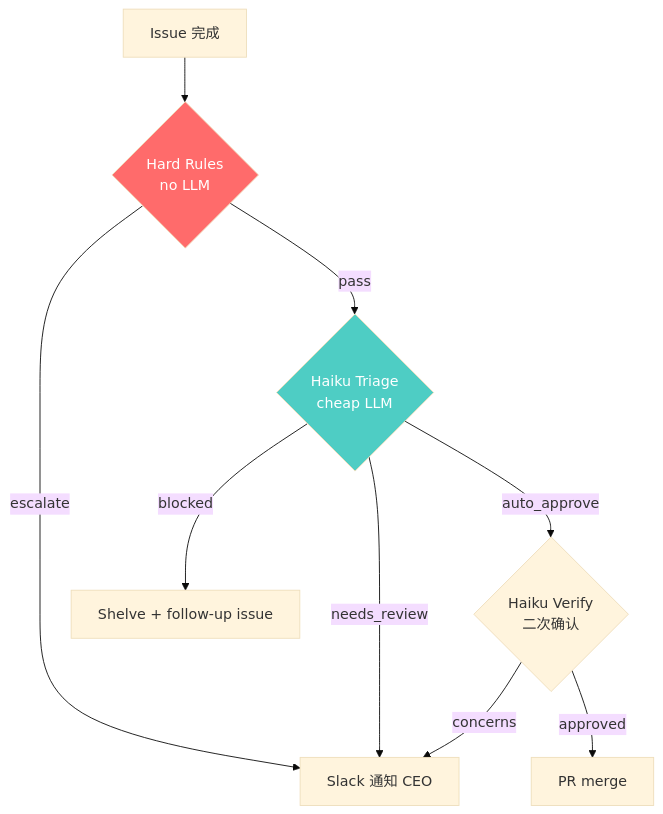
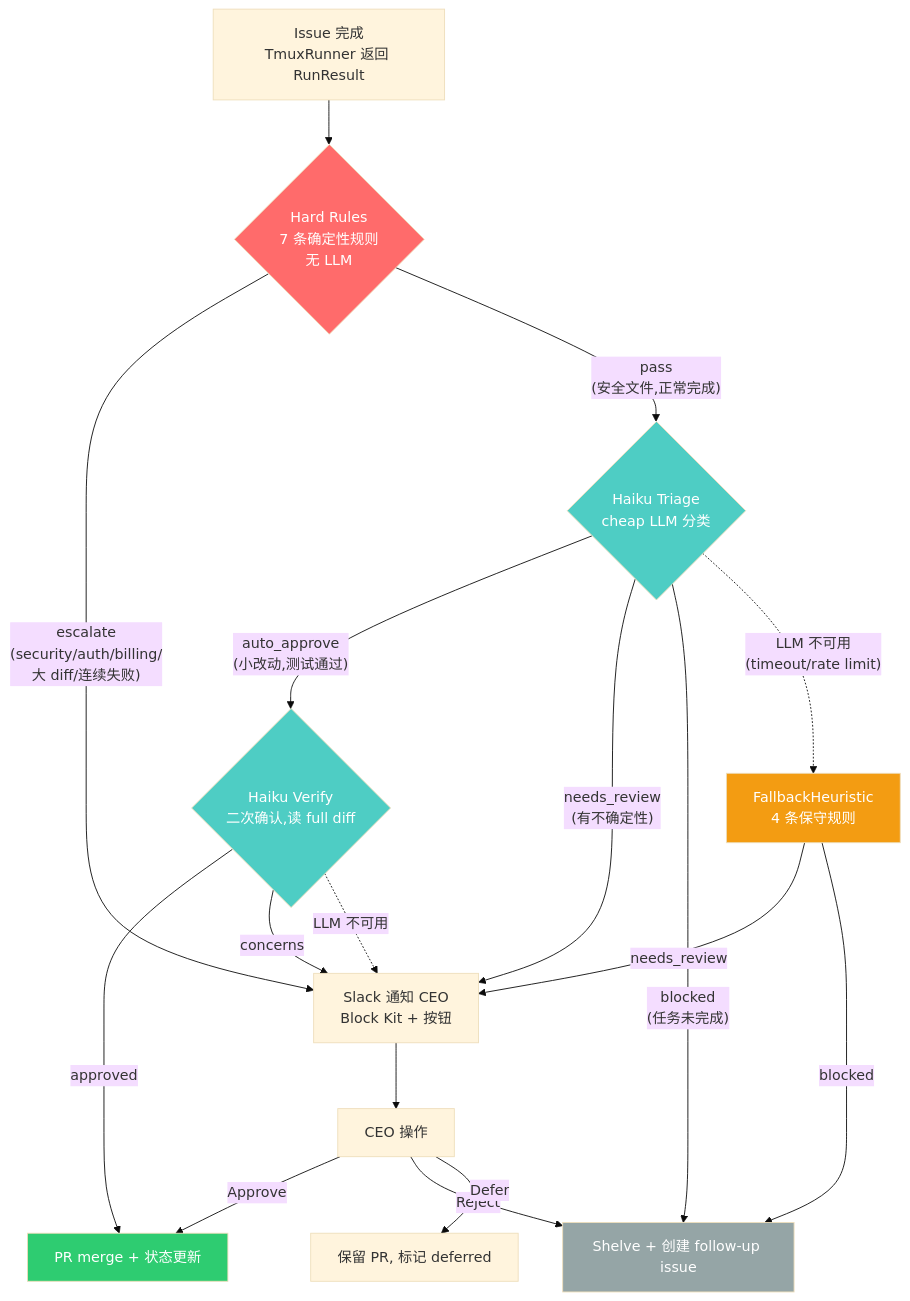
The third of 6 diagrams in doc/architecture/v0.2-architecture.md (xrliAnnie/flywheel-qa-sandbox), drawn with Mermaid (base theme) before and after one commit. The commit also changed other lines of this file, not shown here.

First line of the commit message:
docs: rewrite v0.2 architecture — comprehensive self-contained document

````diff
--- a/doc/architecture/v0.2-architecture.md
+++ b/doc/architecture/v0.2-architecture.md
@@ -134,14 +336,27 @@
 ```mermaid
 flowchart TD
-    A[Issue 完成] --> B{Hard Rules<br/>no LLM}
-    B -->|escalate| C[Slack 通知 CEO]
-    B -->|pass| D{Haiku Triage<br/>cheap LLM}
-    D -->|auto_approve| E{Haiku Verify<br/>二次确认}
-    D -->|needs_review| C
-    D -->|blocked| F[Shelve + follow-up issue]
-    E -->|approved| G[PR merge]
-    E -->|concerns| C
+    A[Issue 完成<br/>TmuxRunner 返回 RunResult] --> B{Hard Rules<br/>7 条确定性规则<br/>无 LLM}
+    B -->|"escalate<br/>(security/auth/billing/<br/>大 diff/连续失败)"| C[Slack 通知 CEO<br/>Block Kit + 按钮]
+    B -->|"pass<br/>(安全文件,正常完成)"| D{Haiku Triage<br/>cheap LLM 分类}
+    D -->|"auto_approve<br/>(小改动,测试通过)"| E{Haiku Verify<br/>二次确认,读 full diff}
+    D -->|"needs_review<br/>(有不确定性)"| C
+    D -->|"blocked<br/>(任务未完成)"| F[Shelve + 创建 follow-up issue]
+    D -.->|"LLM 不可用<br/>(timeout/rate limit)"| FB[FallbackHeuristic<br/>4 条保守规则]
+    E -->|"approved"| G[PR merge + 状态更新]
+    E -->|"concerns"| C
+    E -.->|"LLM 不可用"| C
+    FB -->|"needs_review"| C
+    FB -->|"blocked"| F
+
+    C --> CEO[CEO 操作]
+    CEO -->|"Approve"| G
+    CEO -->|"Reject"| F
+    CEO -->|"Defer"| H[保留 PR, 标记 deferred]
 
     style B fill:#ff6b6b,color:#fff
     style D fill:#4ecdc4,color:#fff
+    style E fill:#4ecdc4,color:#fff
+    style FB fill:#f39c12,color:#fff
+    style G fill:#2ecc71,color:#fff
+    style F fill:#95a5a6,color:#fff
 ```
````
